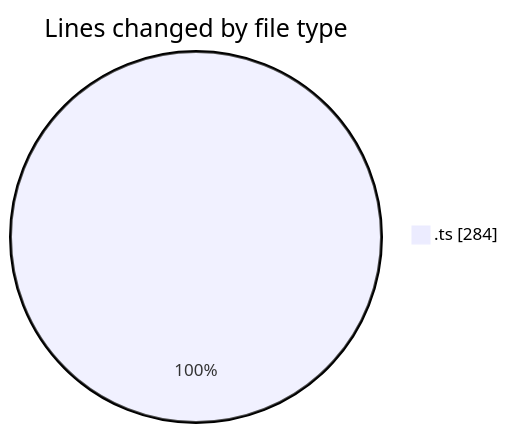
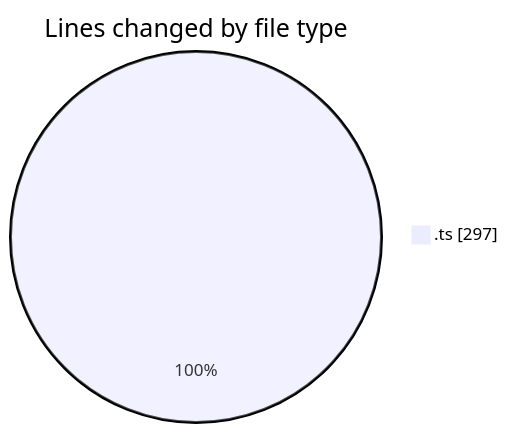
Before and after one commit to momahboobian/code-tracking: the first of 2 diagrams in 2025-06-24/cda/README.md, drawn with Mermaid. The commit also changed other lines of this file and 1 other file, not shown here.

````diff
--- a/2025-06-24/cda/README.md
+++ b/2025-06-24/cda/README.md
@@ -20,5 +20,5 @@
 ```mermaid
 pie showData
 title Lines changed by file type
-".ts" : 284
+".ts" : 297
 ```
````
